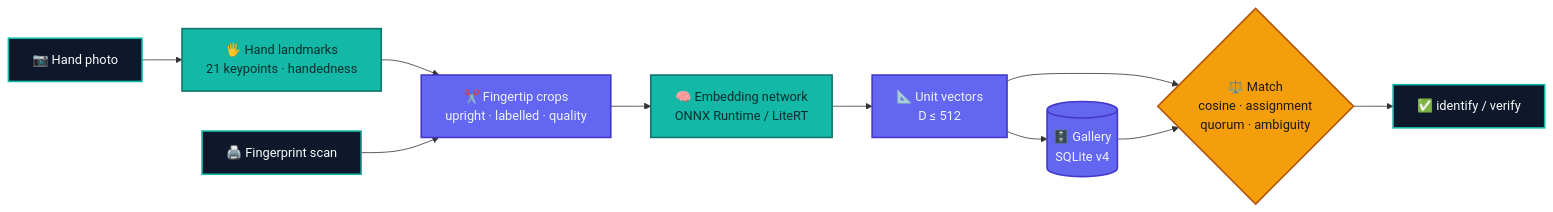
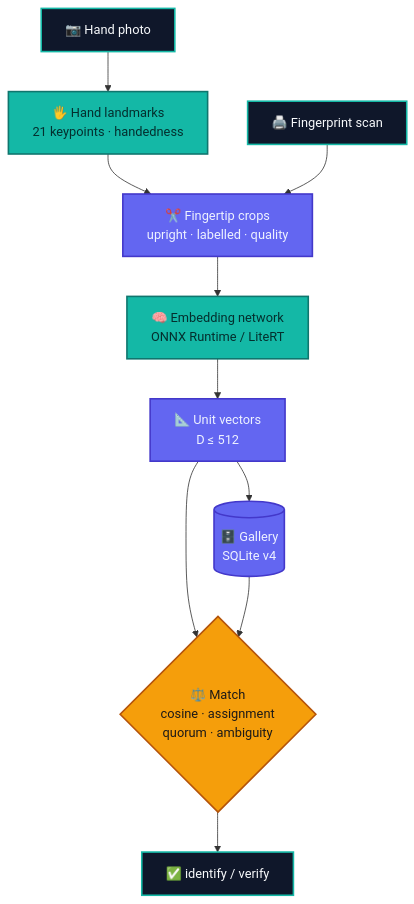
The first of 3 diagrams in README.md (m-mutti/fingerprint-from-image), drawn with Mermaid before and after one commit. The commit also changed other lines of this file, not shown here.

Commit message:
docs: lay out wide README diagrams top-down for legibility on GitHub

````diff
--- a/README.md
+++ b/README.md
@@ -108,17 +108,17 @@
 ```mermaid
-flowchart LR
+flowchart TD
     classDef input fill:#0F172A,stroke:#14B8A6,color:#F8FAFC,stroke-width:2px
     classDef model fill:#14B8A6,stroke:#0F766E,color:#042F2E,stroke-width:2px
     classDef data fill:#6366F1,stroke:#4338CA,color:#EEF2FF,stroke-width:2px
     classDef decision fill:#F59E0B,stroke:#B45309,color:#1C1917,stroke-width:2px
 
     P[📷 Hand photo]:::input --> H[🖐️ Hand landmarks<br/>21 keypoints · handedness]:::model
     H --> C[✂️ Fingertip crops<br/>upright · labelled · quality]:::data
     S[🖨️ Fingerprint scan]:::input --> C
     C --> E[🧠 Embedding network<br/>ONNX Runtime / LiteRT]:::model
     E --> V[📐 Unit vectors<br/>D ≤ 512]:::data
     V --> G[(🗄️ Gallery<br/>SQLite v4)]:::data
     V --> M{⚖️ Match<br/>cosine · assignment<br/>quorum · ambiguity}:::decision
     G --> M
     M --> R[✅ identify / verify]:::input
 ```
````
